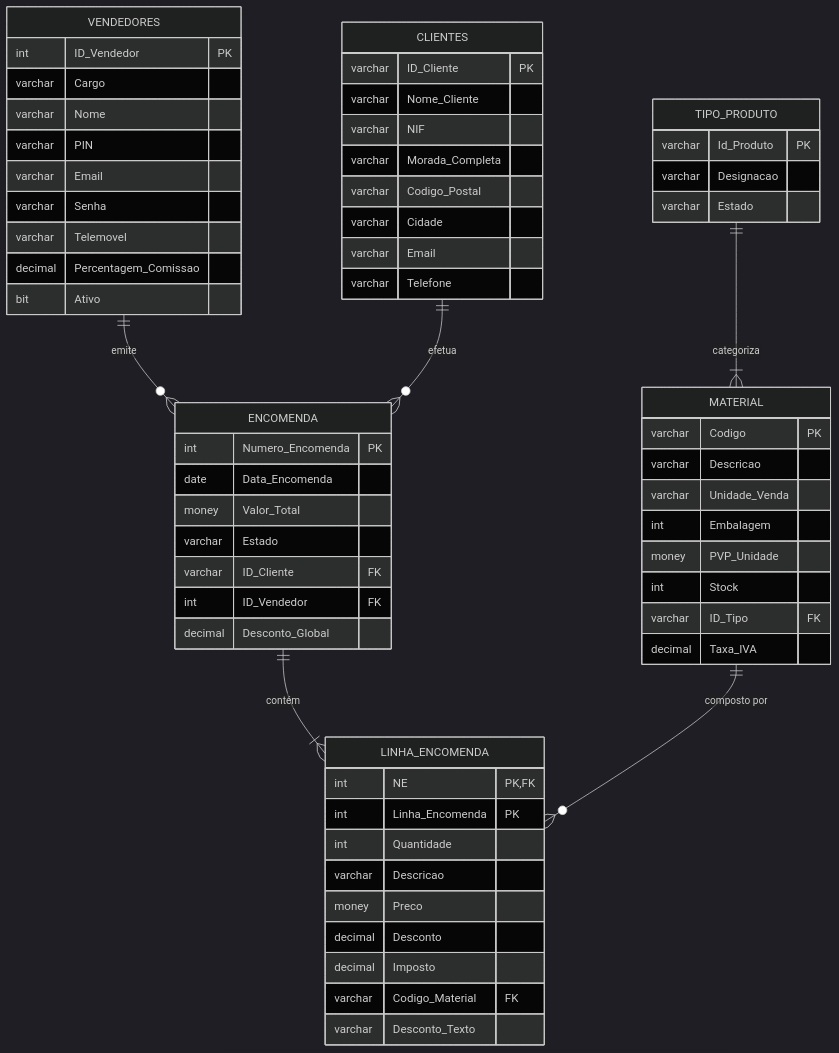
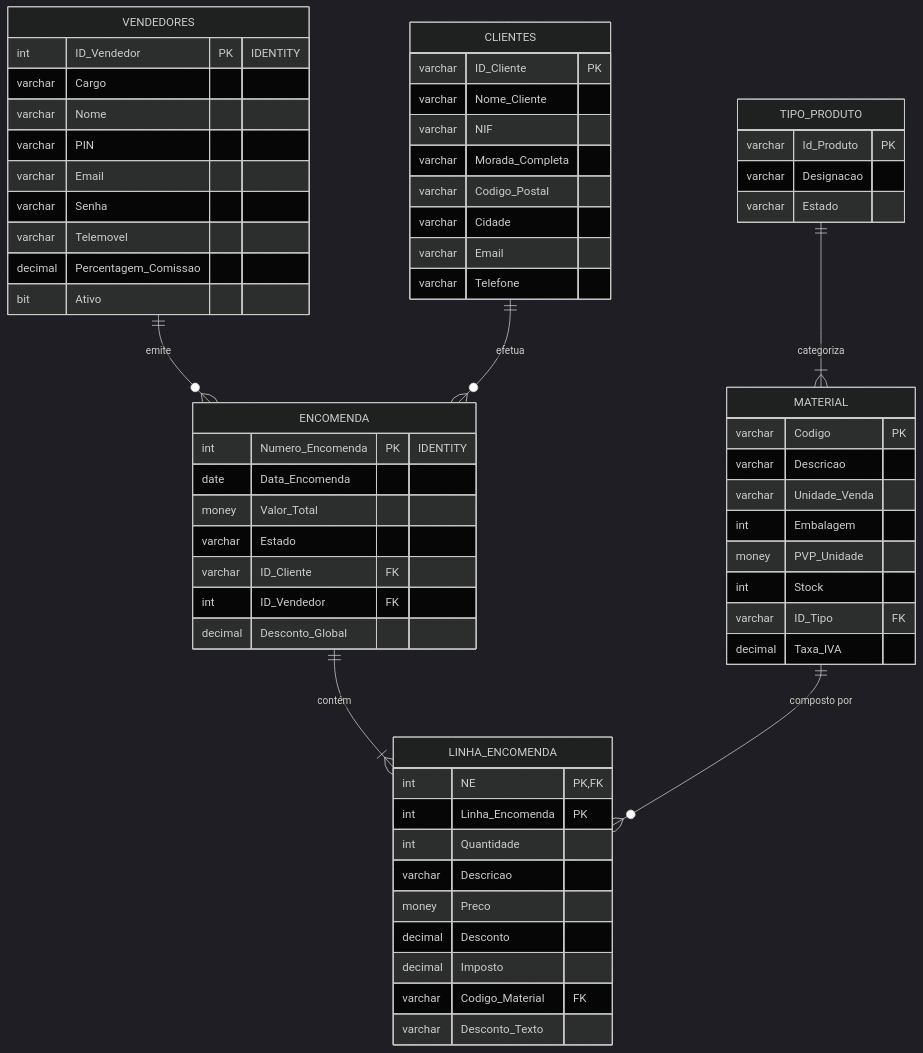
Before and after one commit to Afonsojlc/commercial-sales-manager: the second of 2 diagrams in README.md, drawn with Mermaid (dark theme). The commit also changed other lines of this file and 13 other files, not shown here.

````diff
--- a/README.md
+++ b/README.md
@@ -101,70 +156,70 @@
 ```mermaid
 erDiagram
     VENDEDORES ||--o{ ENCOMENDA : "emite"
     CLIENTES ||--o{ ENCOMENDA : "efetua"
     ENCOMENDA ||--|{ LINHA_ENCOMENDA : "contém"
     TIPO_PRODUTO ||--|{ MATERIAL : "categoriza"
     MATERIAL ||--o{ LINHA_ENCOMENDA : "composto por"
 
     VENDEDORES {
-        int ID_Vendedor PK
+        int ID_Vendedor PK "IDENTITY"
         varchar Cargo
         varchar Nome
         varchar PIN
         varchar Email
         varchar Senha
         varchar Telemovel
         decimal Percentagem_Comissao
         bit Ativo
     }
 
     CLIENTES {
         varchar ID_Cliente PK
         varchar Nome_Cliente
         varchar NIF
         varchar Morada_Completa
         varchar Codigo_Postal
         varchar Cidade
         varchar Email
         varchar Telefone
     }
 
     TIPO_PRODUTO {
         varchar Id_Produto PK
         varchar Designacao
         varchar Estado
     }
 
     MATERIAL {
         varchar Codigo PK
         varchar Descricao
         varchar Unidade_Venda
         int Embalagem
         money PVP_Unidade
         int Stock
         varchar ID_Tipo FK
         decimal Taxa_IVA
     }
 
     ENCOMENDA {
-        int Numero_Encomenda PK
+        int Numero_Encomenda PK "IDENTITY"
         date Data_Encomenda
         money Valor_Total
         varchar Estado
         varchar ID_Cliente FK
         int ID_Vendedor FK
         decimal Desconto_Global
     }
 
     LINHA_ENCOMENDA {
         int NE PK,FK
         int Linha_Encomenda PK
         int Quantidade
         varchar Descricao
         money Preco
         decimal Desconto
         decimal Imposto
         varchar Codigo_Material FK
         varchar Desconto_Texto
     }
 ```
````
